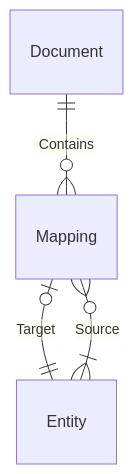
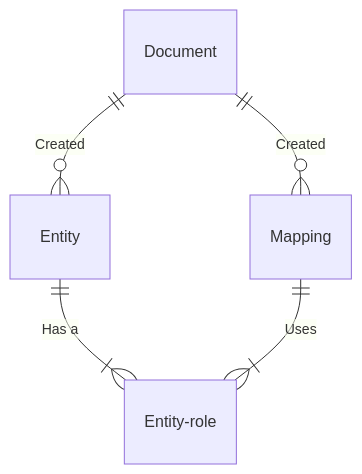
One commit to mark-me/mapping-dependencies changed the diagram in README.md. Above: the diagram before and after it, drawn with Mermaid. The commit also changed other lines of this file, not shown here.

````diff
--- a/README.md
+++ b/README.md
@@ -20,6 +20,7 @@
 ```mermaid
 erDiagram
-Mapping |o--|| Entity: "Target"
-Mapping }o--|{ Entity: "Source"
-Document ||--o{ Mapping: "Contains"
+Entity ||--|{ Entity-role: "Has a"
+Mapping ||--|{ Entity-role: "Uses"
+Document ||--o{ Mapping: "Created"
+Document ||--o{ Entity: "Created"
 ```
````
